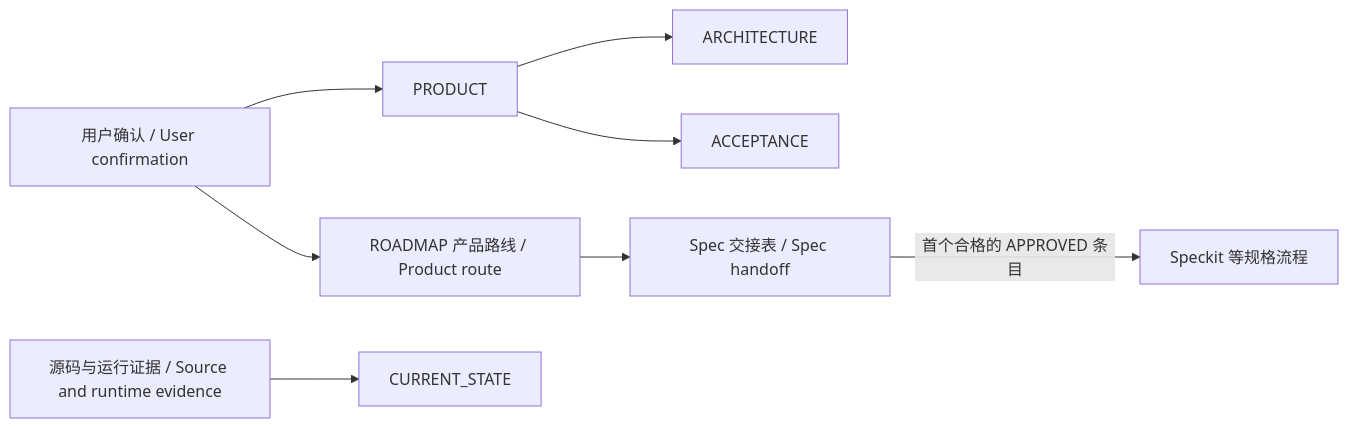
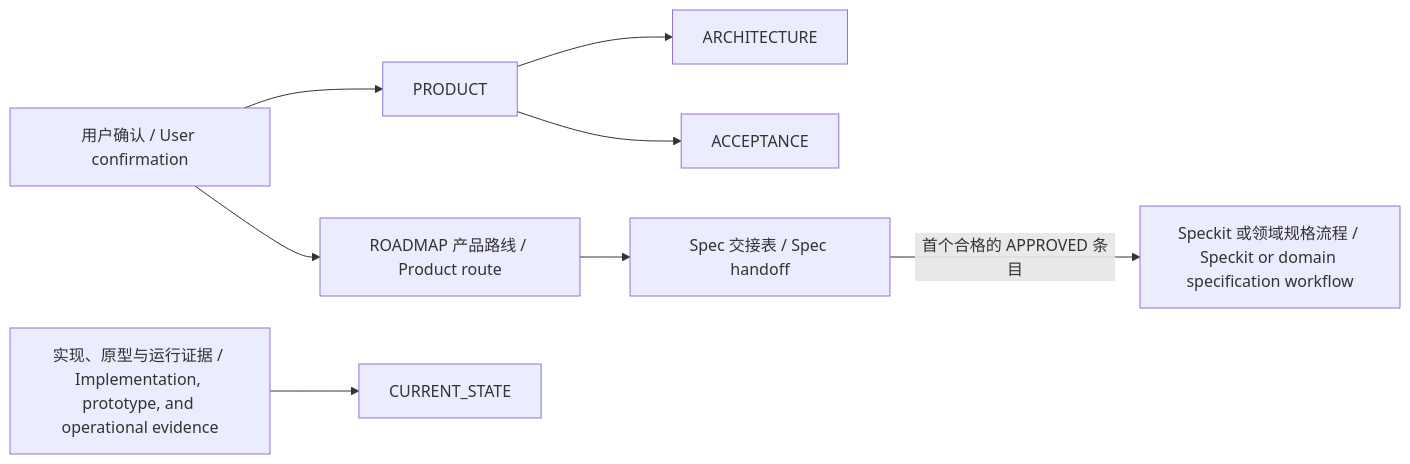
The diagram in README.md (yinsang0910-star/product-canon), drawn with Mermaid before and after one commit. The commit also changed other lines of this file and 5 other files, not shown here.

````diff
--- a/README.md
+++ b/README.md
@@ -45,10 +47,10 @@
 ```mermaid
 flowchart LR
     U["用户确认 / User confirmation"] --> P["PRODUCT"]
     U --> R["ROADMAP 产品路线 / Product route"]
     P --> A["ARCHITECTURE"]
     P --> C["ACCEPTANCE"]
-    E["源码与运行证据 / Source and runtime evidence"] --> S["CURRENT_STATE"]
+    E["实现、原型与运行证据 / Implementation, prototype, and operational evidence"] --> S["CURRENT_STATE"]
     R --> H["Spec 交接表 / Spec handoff"]
-    H -->|"首个合格的 APPROVED 条目"| K["Speckit 等规格流程"]
+    H -->|"首个合格的 APPROVED 条目"| K["Speckit 或领域规格流程 / Speckit or domain specification workflow"]
 ```
````
